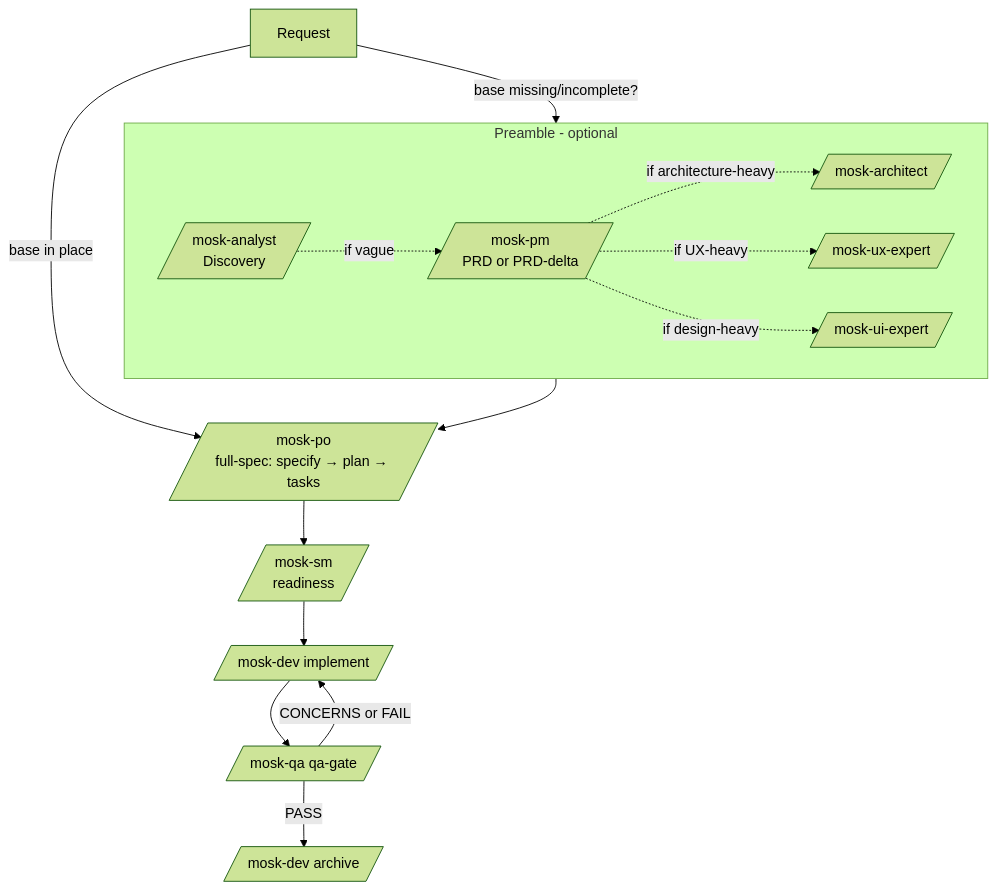
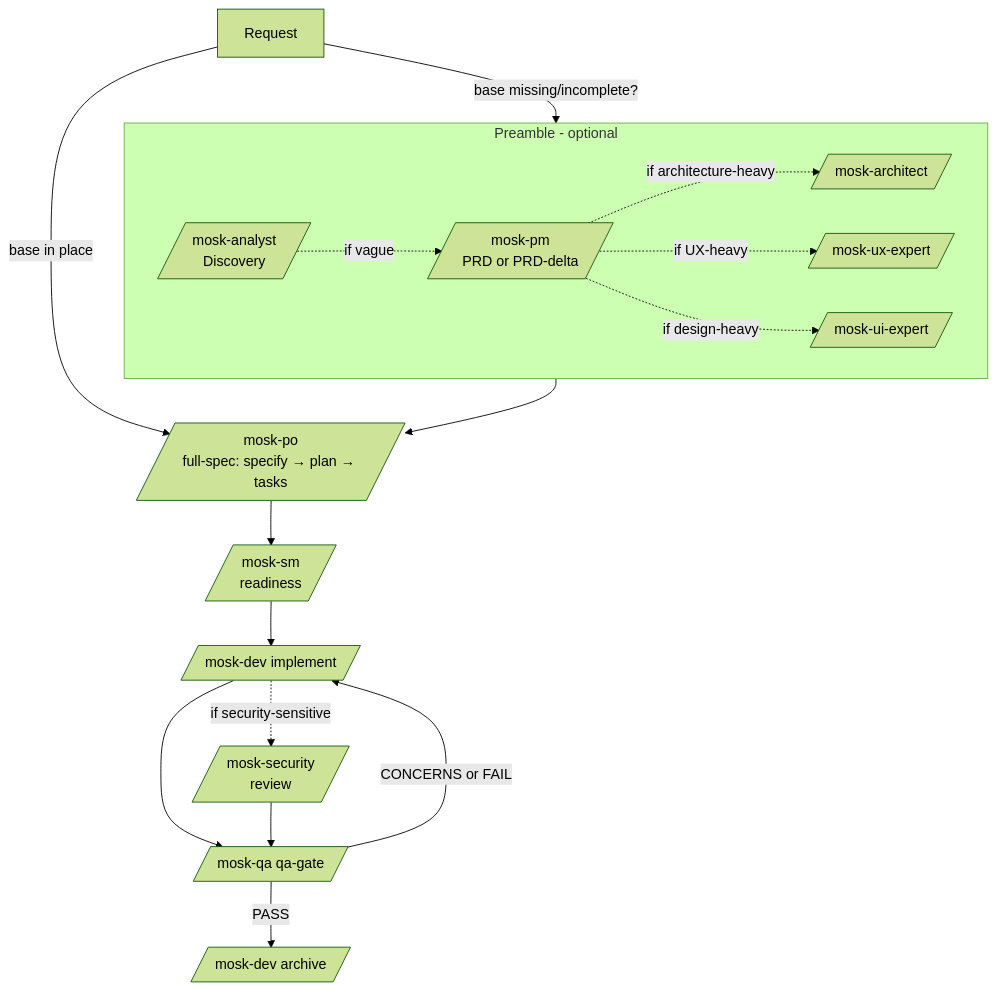
The diagram in README.md (rogerznts/mosk), drawn with Mermaid (forest theme) before and after one commit. The commit also changed other lines of this file, not shown here.

First line of the commit message:
docs(mosk): add /mosk-security to the README roster and flow

````diff
--- a/README.md
+++ b/README.md
@@ -74,19 +77,21 @@
 ```mermaid
 flowchart TD
     A[Request] -->|base missing/incomplete?| PRE
     A -->|base in place| F
 
     subgraph PRE [Preamble - optional]
         B[/mosk-analyst<br/>Discovery/] -. if vague .-> C[/mosk-pm<br/>PRD or PRD-delta/]
         C -. if architecture-heavy .-> E[/mosk-architect/]
         C -. if UX-heavy .-> D[/mosk-ux-expert/]
         C -. if design-heavy .-> W[/mosk-ui-expert/]
     end
 
     PRE --> F[/mosk-po<br/>full-spec: specify → plan → tasks/]
     F --> G[/mosk-sm<br/>readiness/]
     G --> H[/mosk-dev implement/]
+    H -. if security-sensitive .-> S[/mosk-security<br/>review/]
     H --> I[/mosk-qa qa-gate/]
+    S --> I
     I -->|CONCERNS or FAIL| H
     I -->|PASS| J[/mosk-dev archive/]
 ```
````
